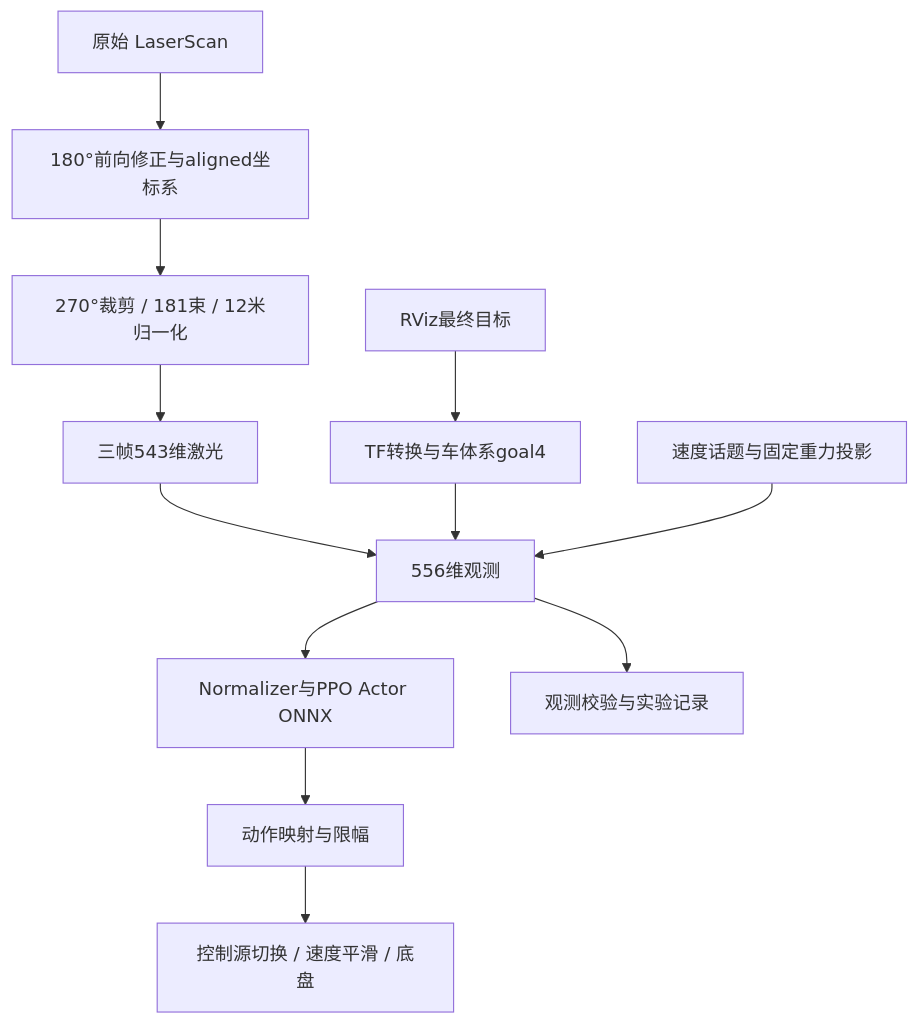
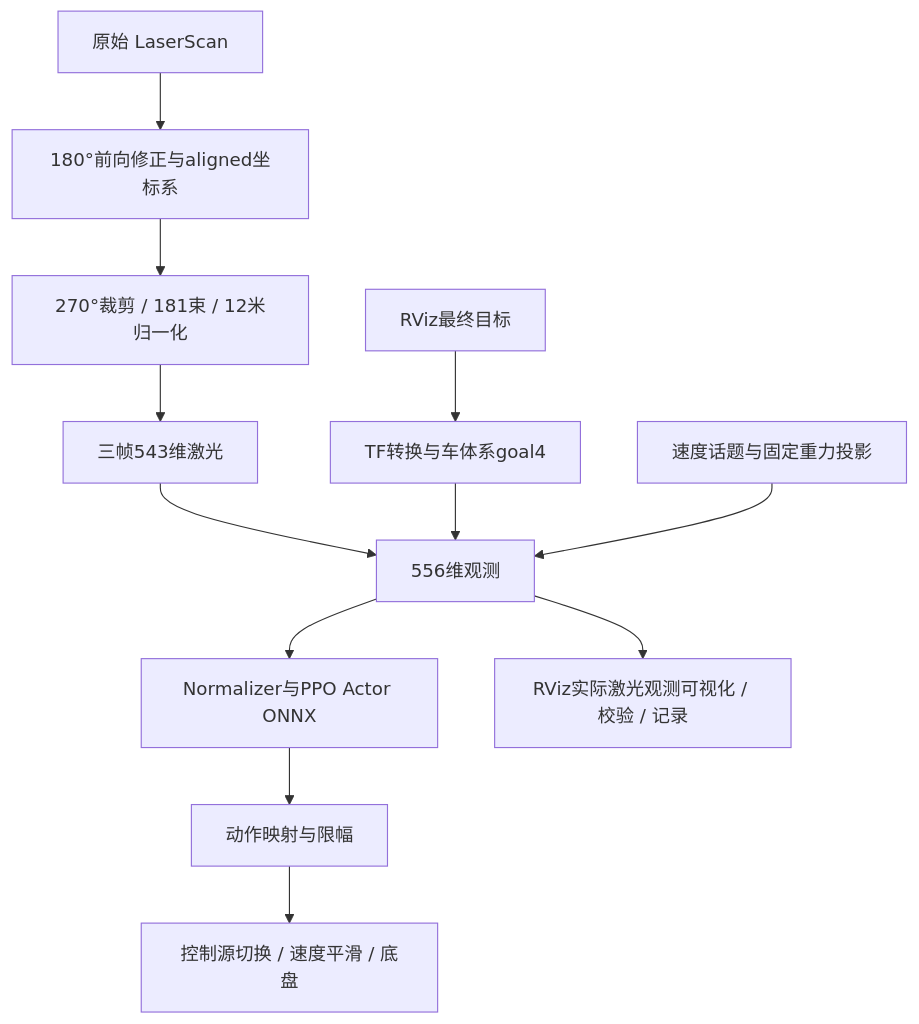
The diagram in README.md (hugh82617/zeus-s2-rl-navigation), drawn with Mermaid before and after one commit. The commit also changed other lines of this file and 10 other files, not shown here.

Commit message:
Document normalization debugging, RViz toolchain and robot hardware; add ROS graph

````diff
--- a/README.md
+++ b/README.md
@@ -37,14 +51,14 @@
 ```mermaid
 flowchart TD
     A[原始 LaserScan] --> B[180°前向修正与aligned坐标系]
     B --> B2[270°裁剪 / 181束 / 12米归一化]
     B2 --> C[三帧543维激光]
     D[RViz最终目标] --> E[TF转换与车体系goal4]
     C --> F[556维观测]
     E --> F
     G[速度话题与固定重力投影] --> F
     F --> H[Normalizer与PPO Actor ONNX]
     H --> I[动作映射与限幅]
     I --> J[控制源切换 / 速度平滑 / 底盘]
-    F --> K[观测校验与实验记录]
+    F --> K[RViz实际激光观测可视化 / 校验 / 记录]
 ```
````
